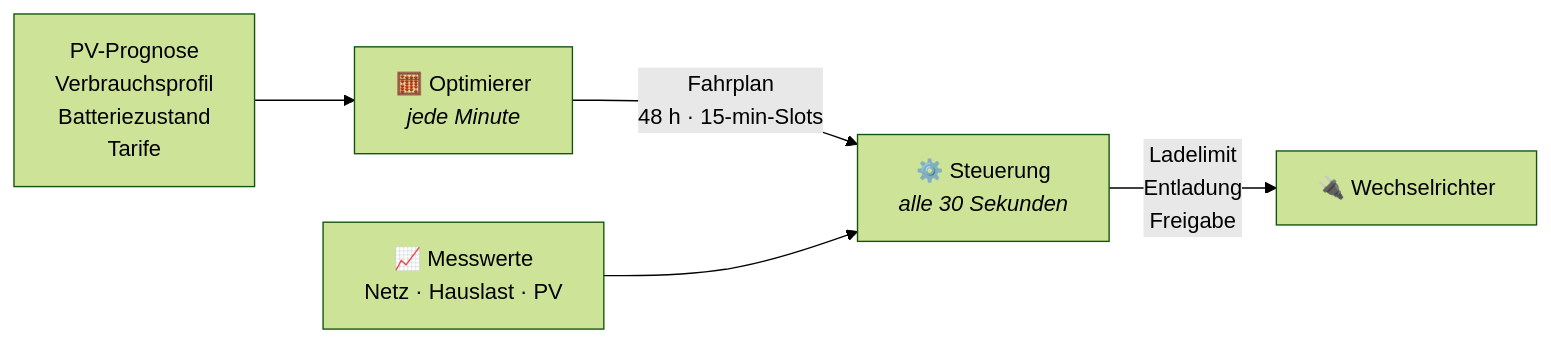
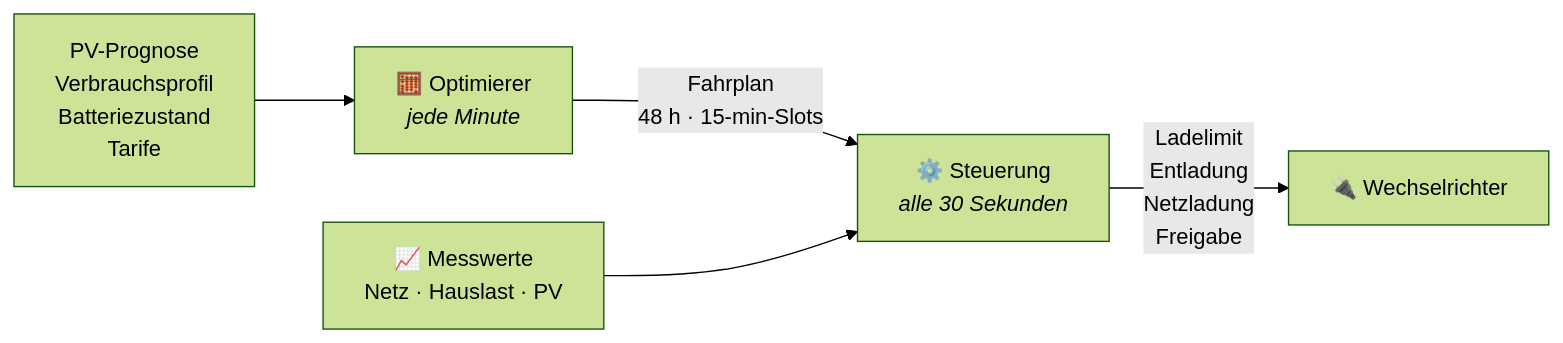
Before and after one commit to RobertHell82/EEGEnergyOptimizer2: the first of 2 diagrams in docs/steuerung.md, drawn with Mermaid (forest theme). The commit also changed other lines of this file and 21 other files, not shown here.

````diff
--- a/docs/steuerung.md
+++ b/docs/steuerung.md
@@ -13,7 +16,7 @@
 ```mermaid
 flowchart LR
     IN["PV-Prognose<br/>Verbrauchsprofil<br/>Batteriezustand<br/>Tarife"] --> OPT
     OPT["🧮 Optimierer<br/><i>jede Minute</i>"] -- "Fahrplan<br/>48 h · 15-min-Slots" --> EXE
     MESS["📈 Messwerte<br/>Netz · Hauslast · PV"] --> EXE
-    EXE["⚙️ Steuerung<br/><i>alle 30 Sekunden</i>"] -- "Ladelimit<br/>Entladung<br/>Freigabe" --> WR["🔌 Wechselrichter"]
+    EXE["⚙️ Steuerung<br/><i>alle 30 Sekunden</i>"] -- "Ladelimit<br/>Entladung<br/>Netzladung<br/>Freigabe" --> WR["🔌 Wechselrichter"]
 ```
````
